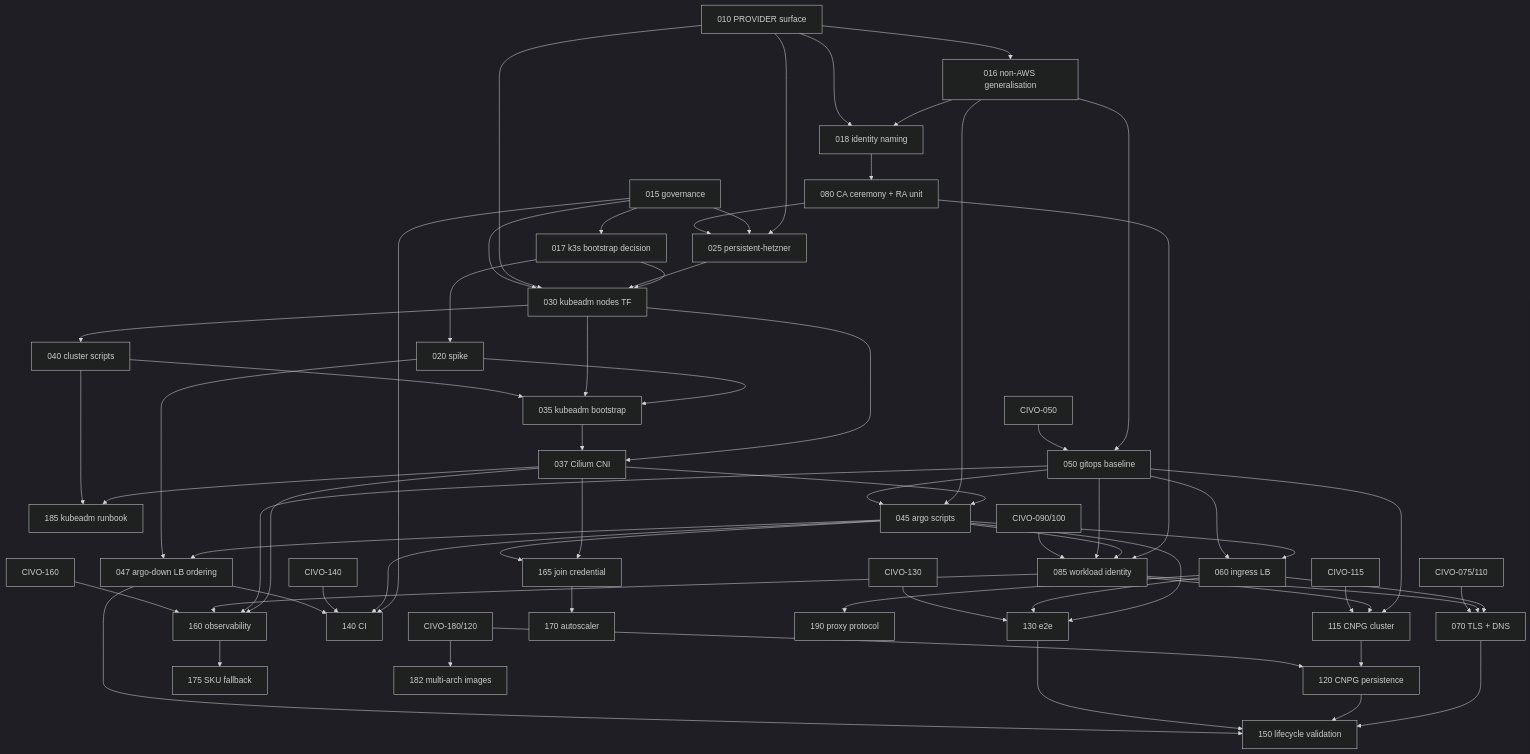
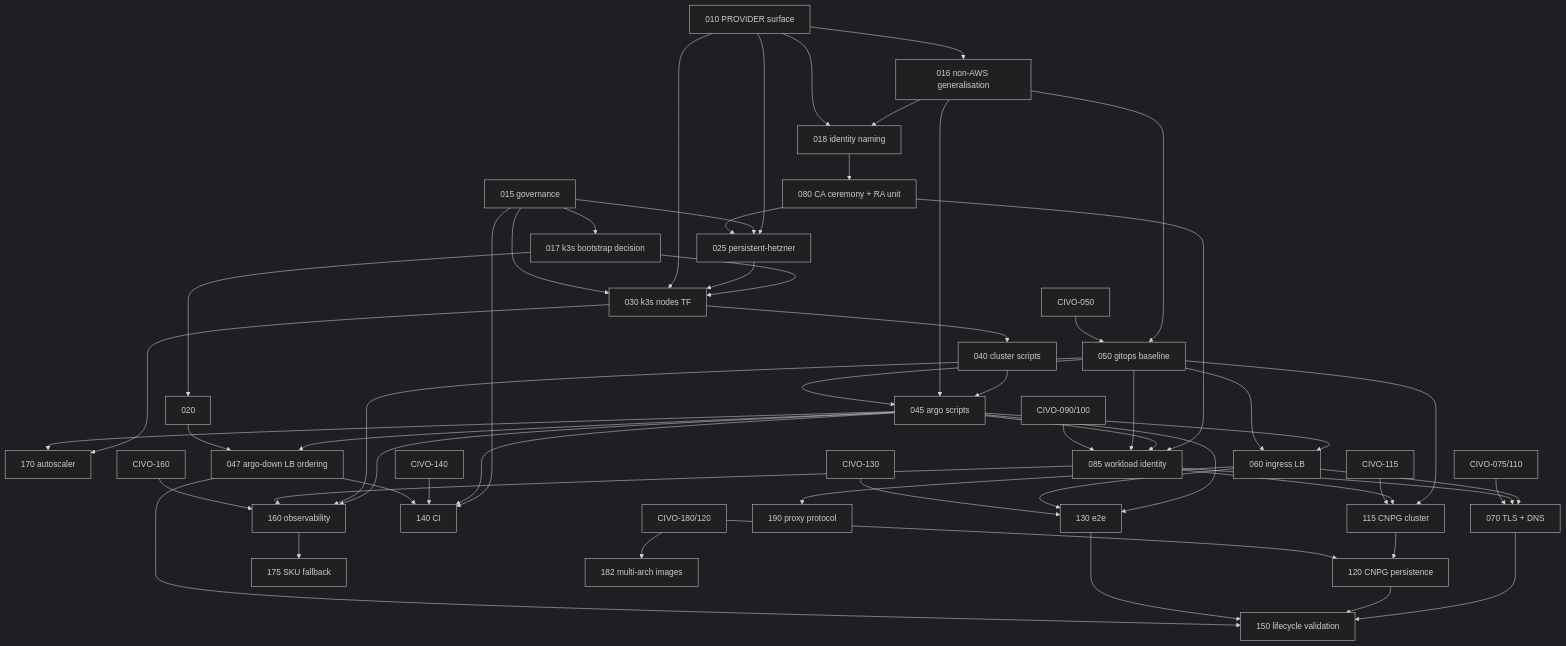
The diagram in specs/hetzner/roadmap.md (savak1990/vk-lab-platform), drawn with Mermaid (dark theme) before and after one commit. The commit also changed other lines of this file and 24 other files, not shown here.

````diff
--- a/specs/hetzner/roadmap.md
+++ b/specs/hetzner/roadmap.md
@@ -13,66 +13,58 @@
 ```mermaid
 flowchart TD
   010[010 PROVIDER surface] --> 016[016 non-AWS generalisation]
   016 --> 018[018 identity naming]
   010 --> 018
   010 --> 025[025 persistent-hetzner]
   015[015 governance] --> 025
   015 --> 017[017 k3s bootstrap decision]
   017 --> 030
   017 --> 020
   015 --> 140[140 CI]
-  020[020 spike] --> 035[035 kubeadm bootstrap]
-  025 --> 030[030 kubeadm nodes TF]
+  025 --> 030[030 k3s nodes TF]
   010 --> 030
   015 --> 030
   030 --> 040[040 cluster scripts]
-  030 --> 035
-  040 --> 035
-  030 --> 037[037 Cilium CNI]
-  035 --> 037
-  037 --> 045[045 argo scripts]
+  040 --> 045[045 argo scripts]
   016 --> 045
   050[050 gitops baseline] --> 045
   016 --> 050
   C050[CIVO-050] --> 050
   045 --> 060[060 ingress LB]
   050 --> 060
   045 --> 047[047 argo-down LB ordering]
   020 --> 047
   018 --> 080[080 CA ceremony + RA unit]
   080 --> 025
   080 --> 085[085 workload identity]
   045 --> 085
   050 --> 085
   C090[CIVO-090/100] --> 085
   060 --> 070[070 TLS + DNS]
   085 --> 070
   C075[CIVO-075/110] --> 070
   050 --> 115[115 CNPG cluster]
   085 --> 115
   C115[CIVO-115] --> 115
   115 --> 120[120 CNPG persistence]
   C180[CIVO-180/120] --> 120
   C180 --> 182[182 multi-arch images]
   045 --> 130[130 e2e]
   060 --> 130
   C130[CIVO-130] --> 130
   045 --> 140
   C140[CIVO-140] --> 140
-  037 --> 160[160 observability]
+  045 --> 160[160 observability]
   050 --> 160
   085 --> 160
   C160[CIVO-160] --> 160
   070 --> 150[150 lifecycle validation]
   120 --> 150
   130 --> 150
   047 --> 150
   047 --> 140
-  037 --> 165[165 join credential]
-  045 --> 165
-  165 --> 170[170 autoscaler]
-  037 --> 185[185 kubeadm runbook]
-  040 --> 185
+  030 --> 170[170 autoscaler]
+  045 --> 170
   160 --> 175[175 SKU fallback]
   060 --> 190[190 proxy protocol]
 ```
````
